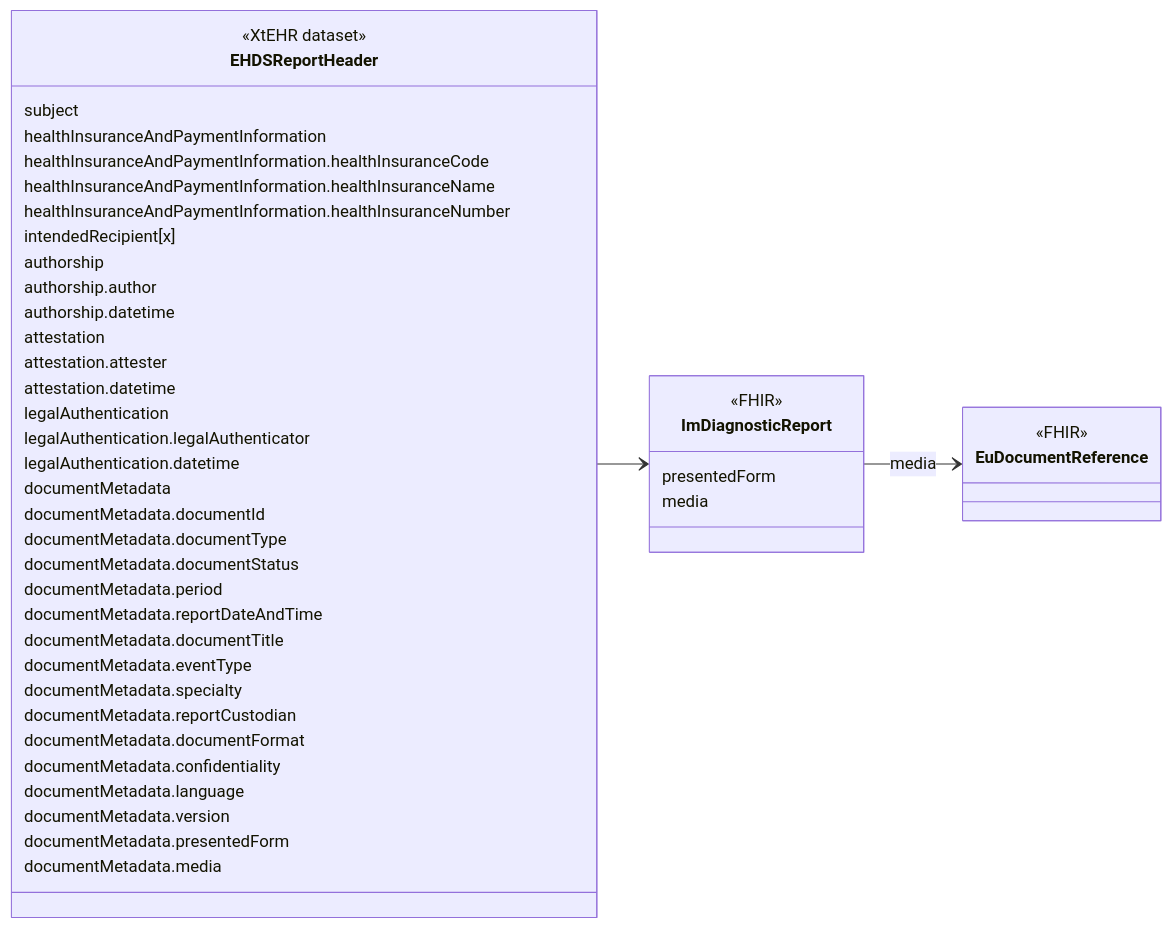
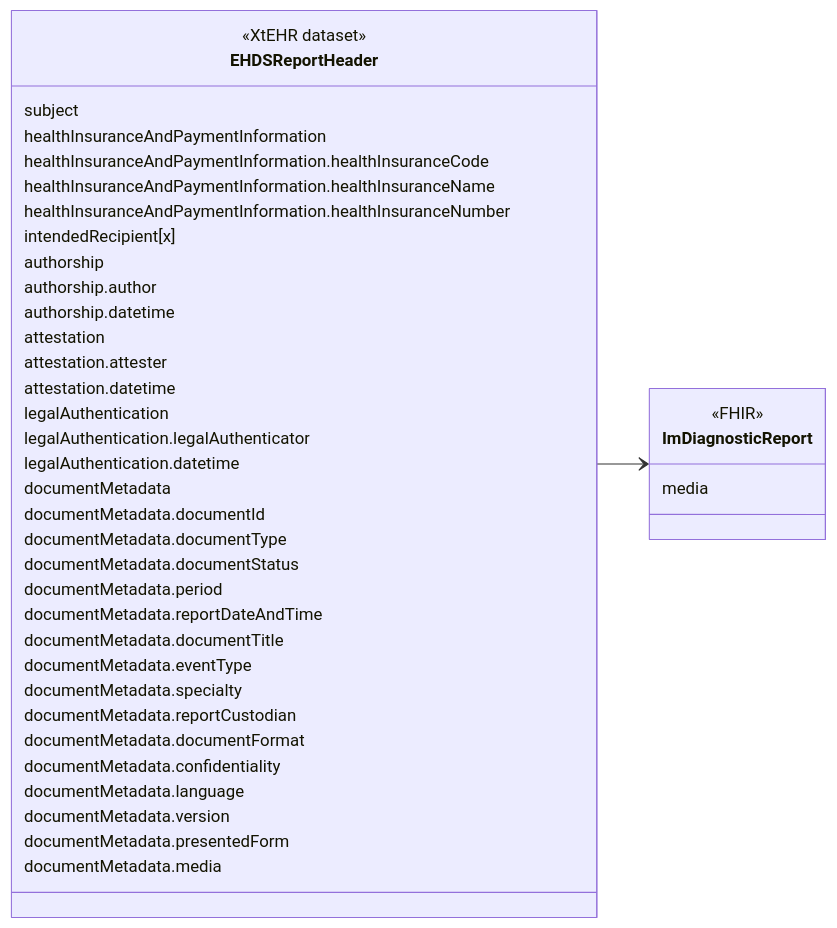
Before and after one commit to oijauregui/ehdsimaging: the diagram in input/intro-notes/ConceptMap-EHDSReportHeaderMap-intro.md, drawn with Mermaid. The commit also changed 17 other files, not shown here.

````diff
--- a/input/intro-notes/ConceptMap-EHDSReportHeaderMap-intro.md
+++ b/input/intro-notes/ConceptMap-EHDSReportHeaderMap-intro.md
@@ -5,50 +5,45 @@
 ```mermaid
 classDiagram
 direction LR
 class EHDSReportHeader {
   <<XtEHR dataset>>
   subject
   healthInsuranceAndPaymentInformation
   healthInsuranceAndPaymentInformation.healthInsuranceCode
   healthInsuranceAndPaymentInformation.healthInsuranceName
   healthInsuranceAndPaymentInformation.healthInsuranceNumber
   intendedRecipient[x]
   authorship
   authorship.author
   authorship.datetime
   attestation
   attestation.attester
   attestation.datetime
   legalAuthentication
   legalAuthentication.legalAuthenticator
   legalAuthentication.datetime
   documentMetadata
   documentMetadata.documentId
   documentMetadata.documentType
   documentMetadata.documentStatus
   documentMetadata.period
   documentMetadata.reportDateAndTime
   documentMetadata.documentTitle
   documentMetadata.eventType
   documentMetadata.specialty
   documentMetadata.reportCustodian
   documentMetadata.documentFormat
   documentMetadata.confidentiality
   documentMetadata.language
   documentMetadata.version
   documentMetadata.presentedForm
   documentMetadata.media
 }
 link EHDSReportHeader "https://build.fhir.org/ig/Xt-EHR/xt-ehr-common/StructureDefinition-EHDSReportHeader.html"
 class ImDiagnosticReport{
   <<FHIR>>
-  presentedForm
   media
 }
 
-class EuDocumentReference {
-  <<FHIR>>
-}
 EHDSReportHeader --> ImDiagnosticReport
-ImDiagnosticReport --> EuDocumentReference : media
 ```
````
